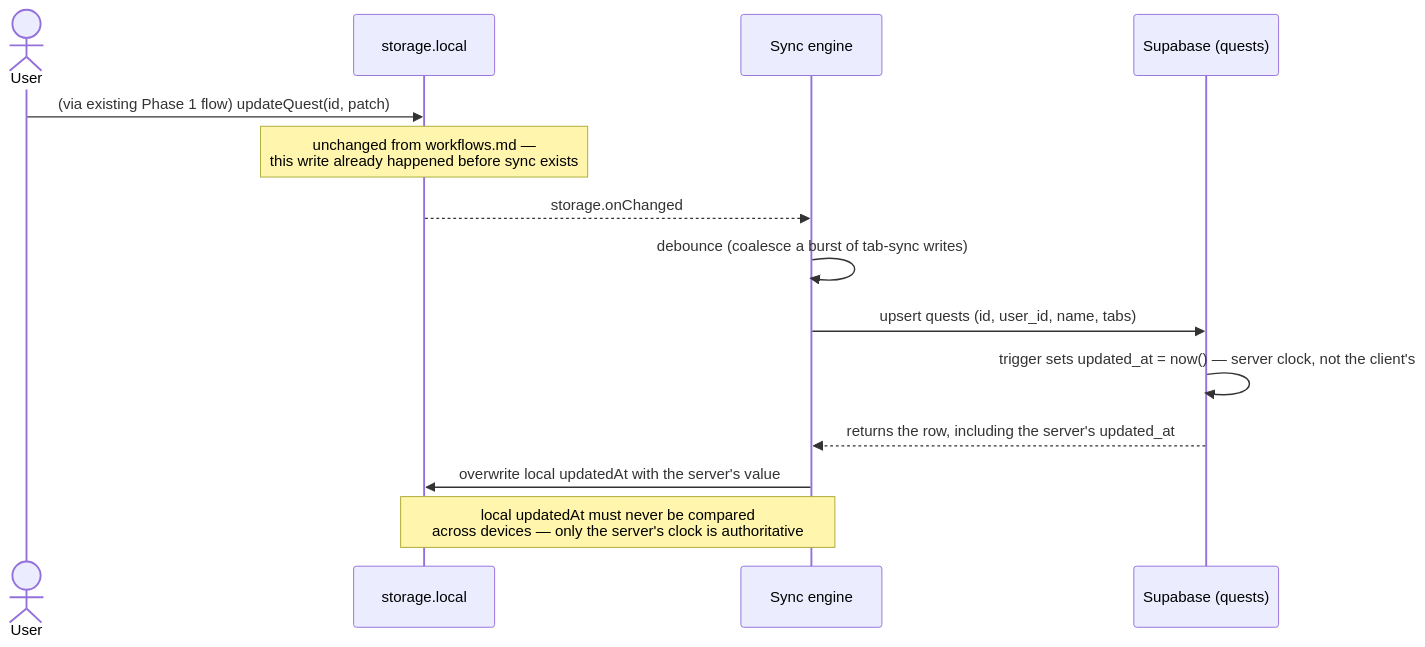
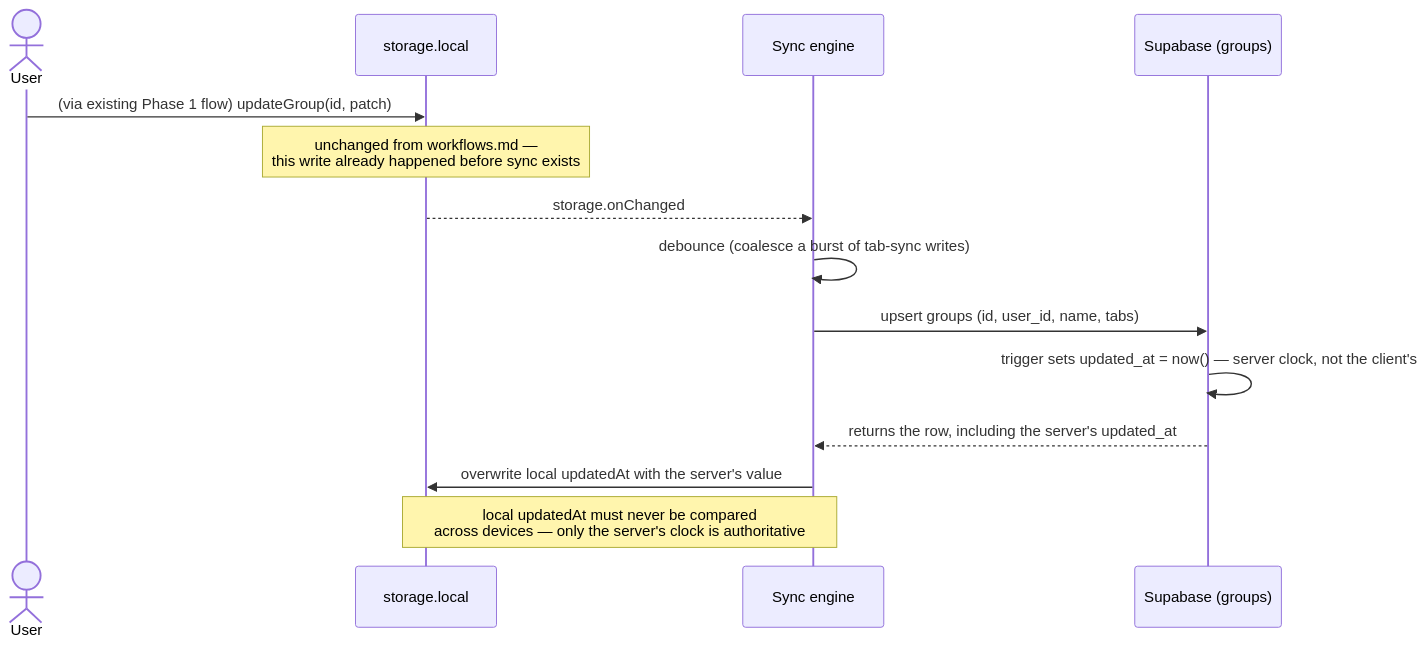
One commit to enyhma/cntxt changed the third of 8 diagrams in docs/architecture-sync.md. Above: the diagram before and after it, drawn with Mermaid. The commit also changed other lines of this file and 7 other files, not shown here.

First line of the commit message:
docs: rename Quest to Group across CLAUDE.md and docs/

````diff
--- a/docs/architecture-sync.md
+++ b/docs/architecture-sync.md
@@ -128,17 +128,17 @@
 ```mermaid
 sequenceDiagram
     actor User
     participant Local as storage.local
     participant Sync as Sync engine
-    participant PG as Supabase (quests)
+    participant PG as Supabase (groups)
 
-    User->>Local: (via existing Phase 1 flow) updateQuest(id, patch)
+    User->>Local: (via existing Phase 1 flow) updateGroup(id, patch)
     Note over Local: unchanged from workflows.md —<br/>this write already happened before sync exists
     Local-->>Sync: storage.onChanged
     Sync->>Sync: debounce (coalesce a burst of tab-sync writes)
-    Sync->>PG: upsert quests (id, user_id, name, tabs)
+    Sync->>PG: upsert groups (id, user_id, name, tabs)
     PG->>PG: trigger sets updated_at = now() — server clock, not the client's
     PG-->>Sync: returns the row, including the server's updated_at
     Sync->>Local: overwrite local updatedAt with the server's value
     Note over Sync,Local: local updatedAt must never be compared<br/>across devices — only the server's clock is authoritative
 ```
````
